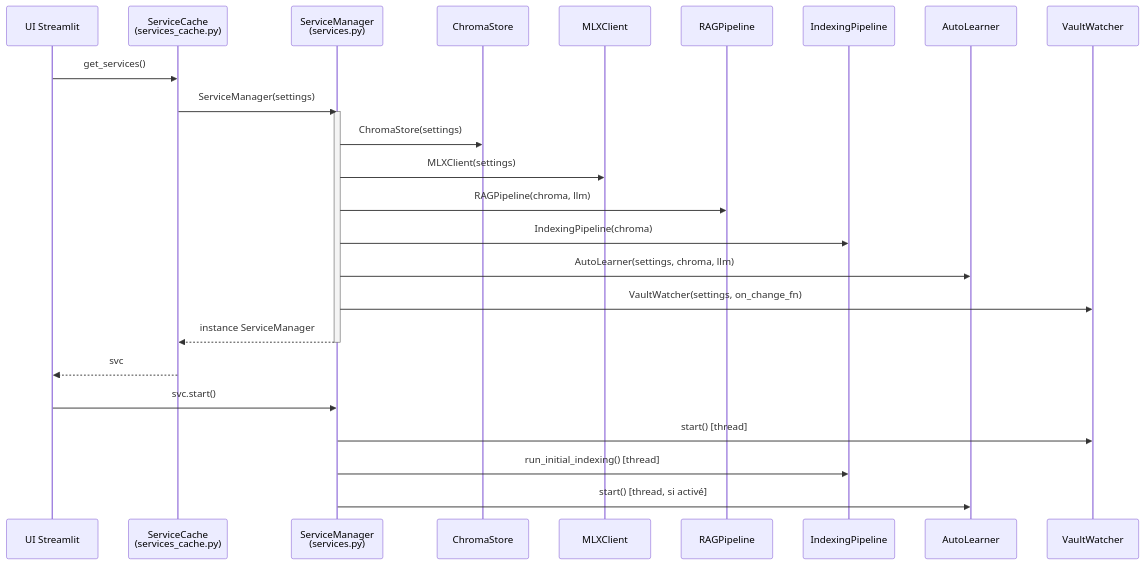
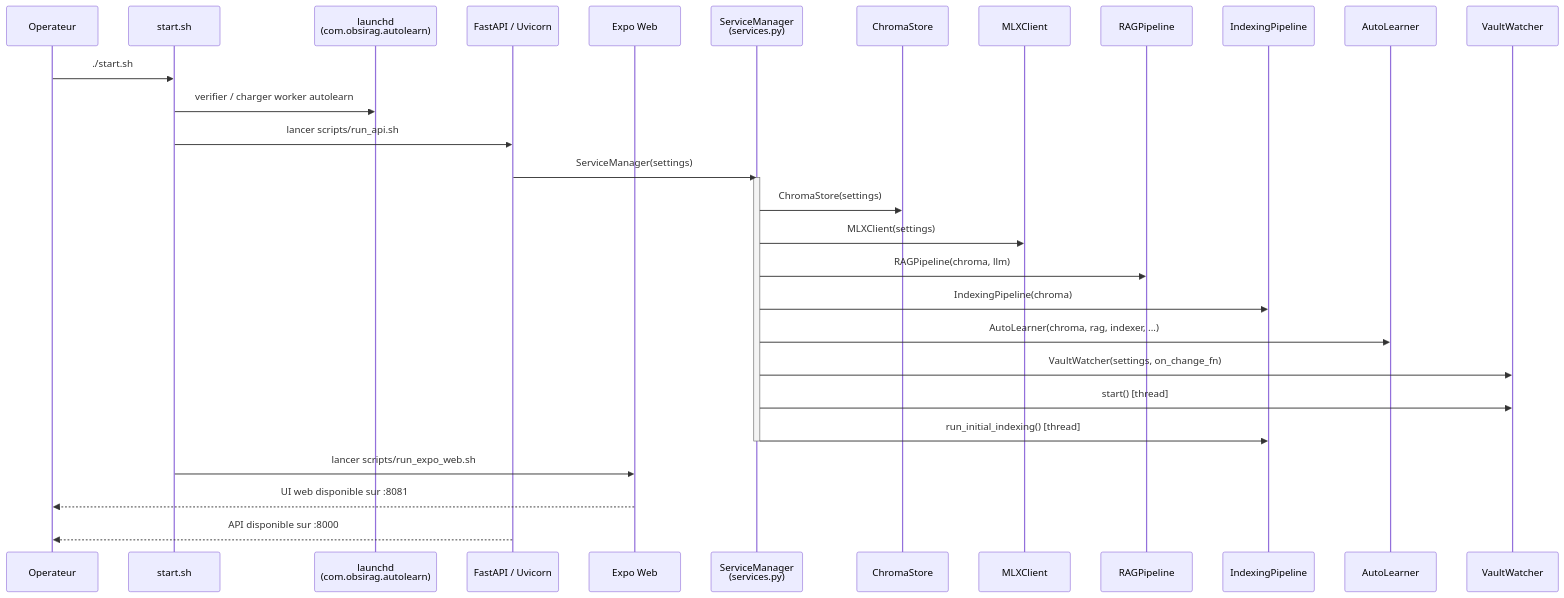
Before and after one commit to pat-the-geek/obsirag: the first of 4 diagrams in docs/sequence.md, drawn with Mermaid. The commit also changed other lines of this file and 24 other files, not shown here.

````diff
--- a/docs/sequence.md
+++ b/docs/sequence.md
@@ -9,29 +9,33 @@
 ```mermaid
 sequenceDiagram
-    participant UI as UI Streamlit
-    participant SC as ServiceCache<br/>(services_cache.py)
+    participant DEV as Operateur
+    participant START as start.sh
+    participant LD as launchd<br/>(com.obsirag.autolearn)
+    participant API as FastAPI / Uvicorn
+    participant EXPO as Expo Web
     participant SM as ServiceManager<br/>(services.py)
     participant CS as ChromaStore
     participant MLX as MLXClient
     participant RAG as RAGPipeline
     participant IDX as IndexingPipeline
     participant AL as AutoLearner
     participant VW as VaultWatcher
 
-    UI->>SC: get_services()
-    SC->>SM: ServiceManager(settings)
+    DEV->>START: ./start.sh
+    START->>LD: verifier / charger worker autolearn
+    START->>API: lancer scripts/run_api.sh
+    API->>SM: ServiceManager(settings)
     activate SM
     SM->>CS: ChromaStore(settings)
     SM->>MLX: MLXClient(settings)
     SM->>RAG: RAGPipeline(chroma, llm)
     SM->>IDX: IndexingPipeline(chroma)
-    SM->>AL: AutoLearner(settings, chroma, llm)
+    SM->>AL: AutoLearner(chroma, rag, indexer, ...)
     SM->>VW: VaultWatcher(settings, on_change_fn)
-    SM-->>SC: instance ServiceManager
-    deactivate SM
-    SC-->>UI: svc
-    UI->>SM: svc.start()
     SM->>VW: start() [thread]
     SM->>IDX: run_initial_indexing() [thread]
-    SM->>AL: start() [thread, si activé]
+    deactivate SM
+    START->>EXPO: lancer scripts/run_expo_web.sh
+    EXPO-->>DEV: UI web disponible sur :8081
+    API-->>DEV: API disponible sur :8000
 ```
````
